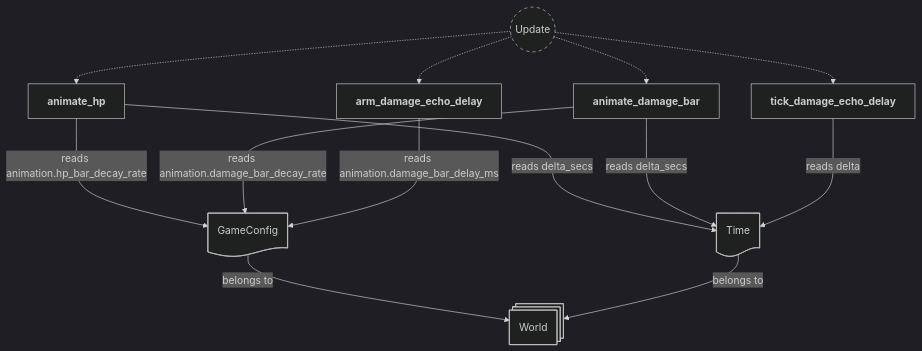
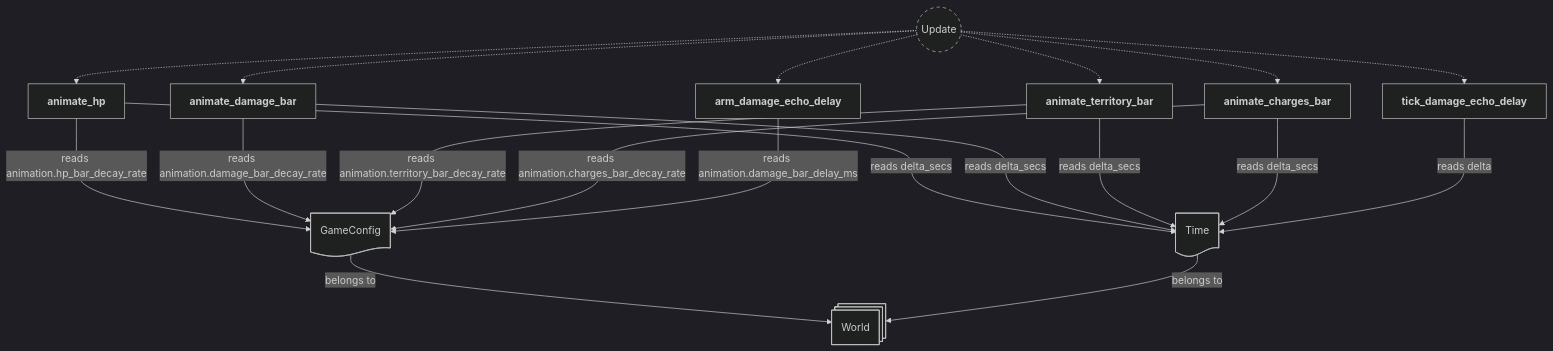
Before and after one commit to neurosoup/tyled: diagram 21 of 21 in backlog/docs/doc-14 - 012-HUD-plugin.md, drawn with Mermaid. The commit also changed other lines of this file and 4 other files, not shown here.

````diff
--- a/backlog/docs/doc-14 - 012-HUD-plugin.md
+++ b/backlog/docs/doc-14 - 012-HUD-plugin.md
@@ -684,34 +858,42 @@
 ```mermaid
 ---
 config:
   theme: dark
 ---
 
 flowchart TD
 classDef system-group stroke-dasharray: 5 5
 
 update(("`Update`")):::system-group
 animate_hp["`**animate_hp**`"]
 animate_damage_bar["`**animate_damage_bar**`"]
+animate_territory_bar["`**animate_territory_bar**`"]
+animate_charges_bar["`**animate_charges_bar**`"]
 arm["`**arm_damage_echo_delay**`"]
 tick["`**tick_damage_echo_delay**`"]
 
 update -.-> animate_hp
 update -.-> animate_damage_bar
+update -.-> animate_territory_bar
+update -.-> animate_charges_bar
 update -.-> arm
 update -.-> tick
 
 world@{ shape: st-rect, label: "World" }
 config_res@{ shape: doc, label: "GameConfig" }
 time_res@{ shape: doc, label: "Time" }
 
 config_res --> |belongs to| world
 time_res --> |belongs to| world
 
 animate_hp ---> |"reads animation.hp_bar_decay_rate"| config_res
 animate_hp ---> |reads delta_secs| time_res
 animate_damage_bar ---> |"reads animation.damage_bar_decay_rate"| config_res
 animate_damage_bar ---> |reads delta_secs| time_res
+animate_territory_bar ---> |"reads animation.territory_bar_decay_rate"| config_res
+animate_territory_bar ---> |reads delta_secs| time_res
+animate_charges_bar ---> |"reads animation.charges_bar_decay_rate"| config_res
+animate_charges_bar ---> |reads delta_secs| time_res
 arm ---> |"reads animation.damage_bar_delay_ms"| config_res
 tick ---> |reads delta| time_res
 ```
````
